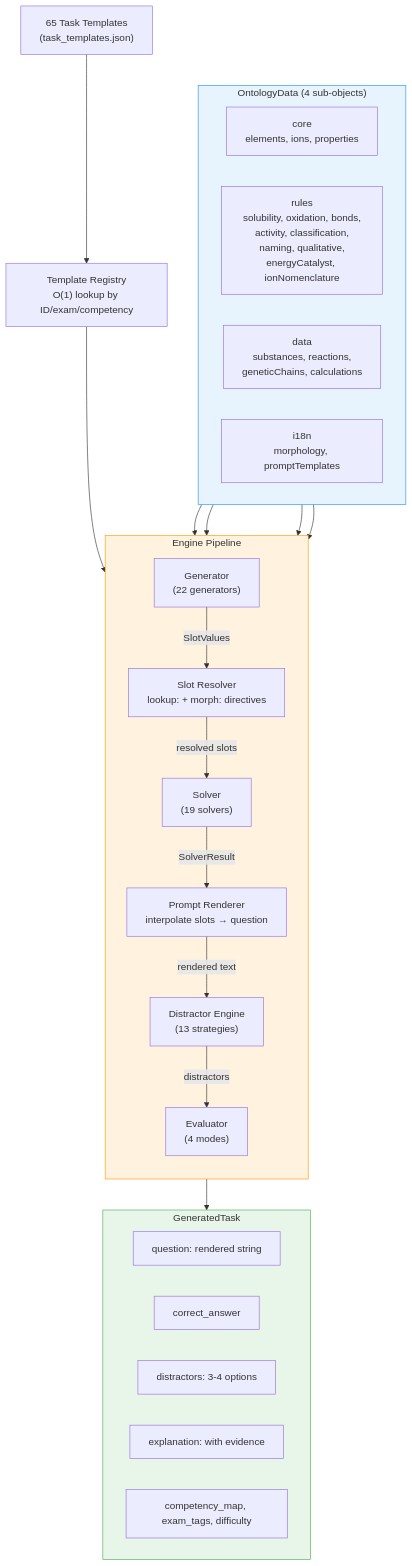
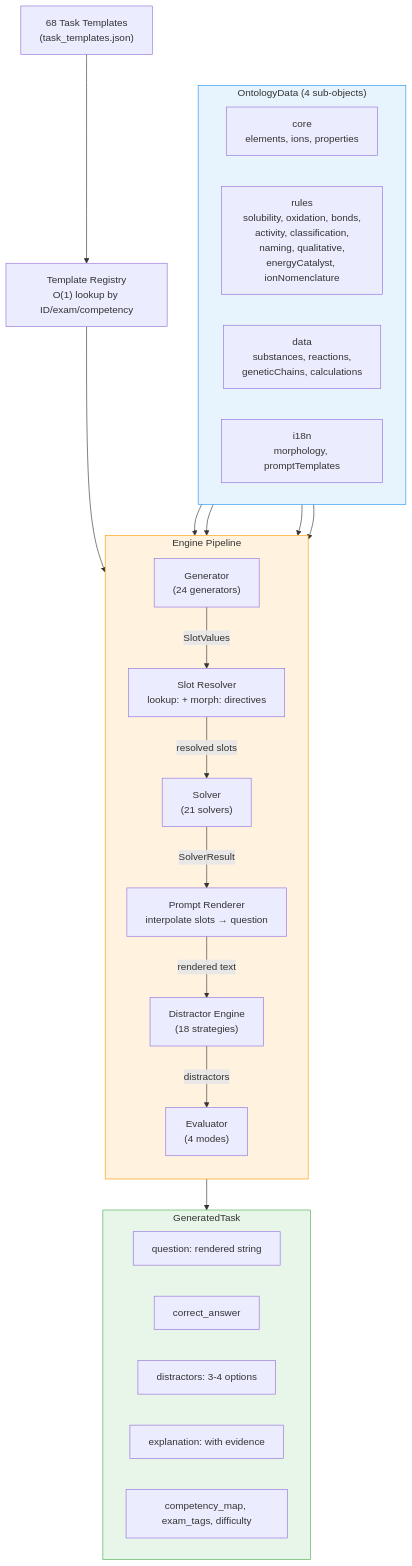
Before and after one commit to dronsv/chemistry-no-magic: the third of 10 diagrams in docs/ontology-map.md, drawn with Mermaid. The commit also changed other lines of this file, not shown here.

````diff
--- a/docs/ontology-map.md
+++ b/docs/ontology-map.md
@@ -238,50 +238,50 @@
 ```mermaid
 flowchart TB
     subgraph Input["OntologyData (4 sub-objects)"]
         direction LR
         CORE["core<br/>elements, ions, properties"]
         RULES["rules<br/>solubility, oxidation, bonds,<br/>activity, classification,<br/>naming, qualitative,<br/>energyCatalyst, ionNomenclature"]
         DATA["data<br/>substances, reactions,<br/>geneticChains, calculations"]
         I18N["i18n<br/>morphology, promptTemplates"]
     end
 
-    TT["65 Task Templates<br/>(task_templates.json)"]
+    TT["68 Task Templates<br/>(task_templates.json)"]
     REG["Template Registry<br/>O(1) lookup by ID/exam/competency"]
 
     subgraph Pipeline["Engine Pipeline"]
         direction TB
-        GEN["Generator<br/>(22 generators)"]
+        GEN["Generator<br/>(24 generators)"]
         SLOT["Slot Resolver<br/>lookup: + morph: directives"]
-        SOL["Solver<br/>(19 solvers)"]
+        SOL["Solver<br/>(21 solvers)"]
         REND["Prompt Renderer<br/>interpolate slots → question"]
-        DIST["Distractor Engine<br/>(13 strategies)"]
+        DIST["Distractor Engine<br/>(18 strategies)"]
         EVAL["Evaluator<br/>(4 modes)"]
     end
 
     subgraph Output["GeneratedTask"]
         Q["question: rendered string"]
         ANS["correct_answer"]
         DISTR["distractors: 3-4 options"]
         EXP["explanation: with evidence"]
         META["competency_map, exam_tags, difficulty"]
     end
 
     TT --> REG
     REG --> GEN
 
     CORE --> GEN
     RULES --> GEN
     DATA --> GEN
     I18N --> SLOT
 
     GEN -->|"SlotValues"| SLOT
     SLOT -->|"resolved slots"| SOL
     SOL -->|"SolverResult"| REND
     REND -->|"rendered text"| DIST
     DIST -->|"distractors"| EVAL
     EVAL --> Output
 
     style Input fill:#e8f4fd,stroke:#2196F3
     style Pipeline fill:#fff3e0,stroke:#FF9800
     style Output fill:#e8f5e9,stroke:#4CAF50
 ```
````
